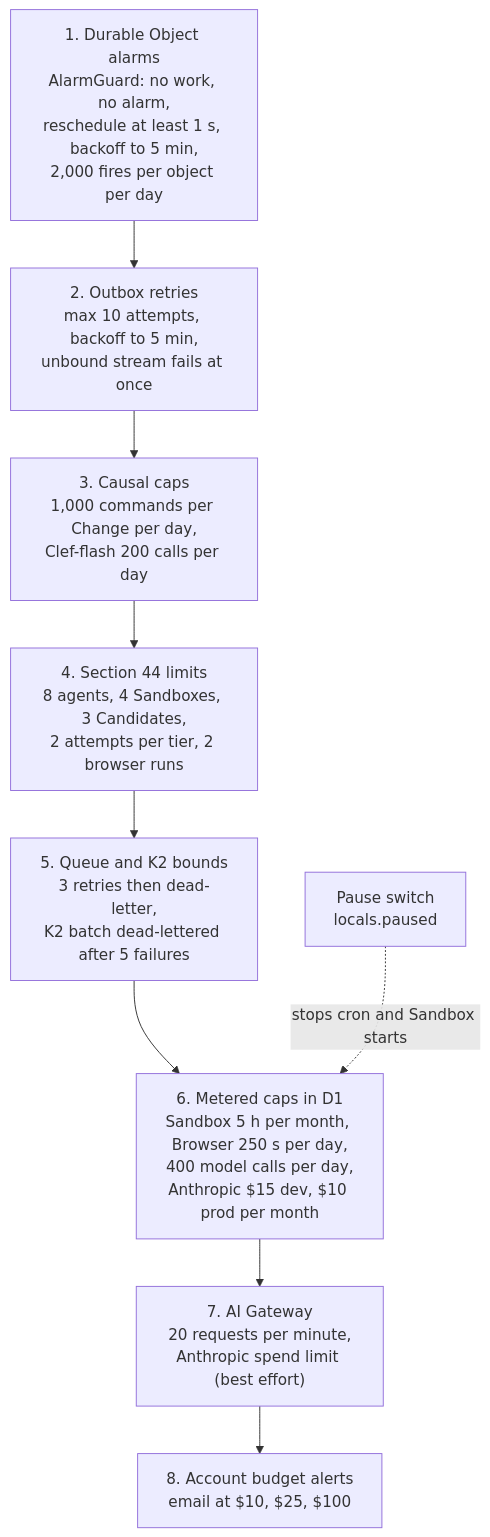
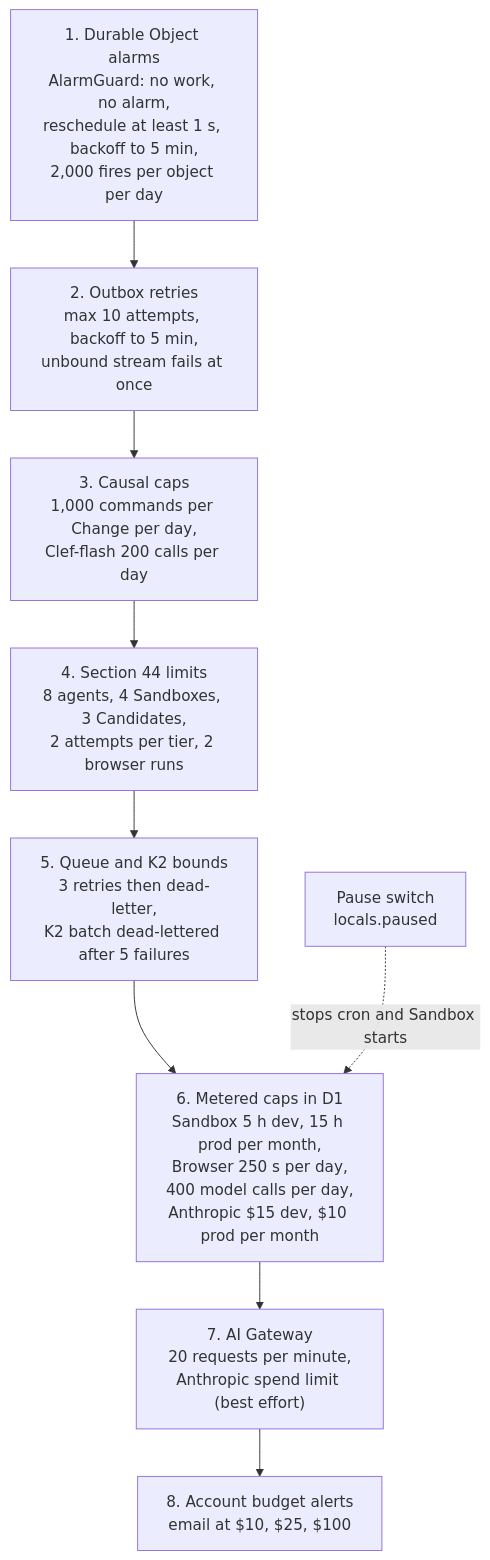
Before and after one commit to nsudhanva/rhumbatron: the fifth of 9 diagrams in docs/architecture/infrastructure-and-cost.md, drawn with Mermaid. The commit also changed other lines of this file and 8 other files, not shown here.

````diff
--- a/docs/architecture/infrastructure-and-cost.md
+++ b/docs/architecture/infrastructure-and-cost.md
@@ -131,14 +131,14 @@
 ```mermaid
 flowchart TB
   L1["1. Durable Object alarms<br/>AlarmGuard: no work, no alarm,<br/>reschedule at least 1 s, backoff to 5 min,<br/>2,000 fires per object per day"]
   L2["2. Outbox retries<br/>max 10 attempts, backoff to 5 min,<br/>unbound stream fails at once"]
   L3["3. Causal caps<br/>1,000 commands per Change per day,<br/>Clef-flash 200 calls per day"]
   L4["4. Section 44 limits<br/>8 agents, 4 Sandboxes, 3 Candidates,<br/>2 attempts per tier, 2 browser runs"]
   L5["5. Queue and K2 bounds<br/>3 retries then dead-letter,<br/>K2 batch dead-lettered after 5 failures"]
-  L6["6. Metered caps in D1<br/>Sandbox 5 h per month, Browser 250 s per day,<br/>400 model calls per day,<br/>Anthropic $15 dev, $10 prod per month"]
+  L6["6. Metered caps in D1<br/>Sandbox 5 h dev, 15 h prod per month,<br/>Browser 250 s per day,<br/>400 model calls per day,<br/>Anthropic $15 dev, $10 prod per month"]
   L7["7. AI Gateway<br/>20 requests per minute,<br/>Anthropic spend limit (best effort)"]
   L8["8. Account budget alerts<br/>email at $10, $25, $100"]
   L9["Pause switch<br/>locals.paused"]
   L1 --> L2 --> L3 --> L4 --> L5 --> L6 --> L7 --> L8
   L9 -.->|"stops cron and Sandbox starts"| L6
 ```
````
